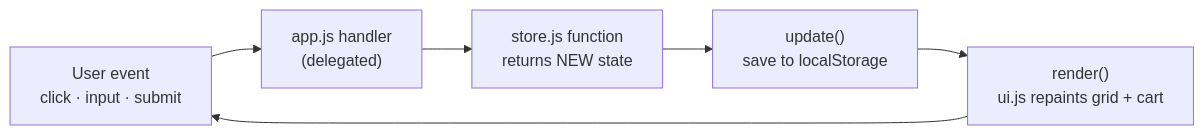
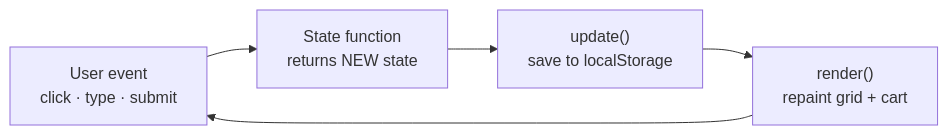
One commit to nikhilvanama/Learning_Plan changed the diagram in Projects/Vanila jS/shopping-cart/README.md. Above: the diagram before and after it, drawn with Mermaid. The commit also changed other lines of this file and 21 other files, not shown here.

````diff
--- a/Projects/Vanila jS/shopping-cart/README.md
+++ b/Projects/Vanila jS/shopping-cart/README.md
@@ -48,8 +39,7 @@
 ```mermaid
 graph LR
-    E["User event<br/>click · input · submit"] --> A["app.js handler<br/>(delegated)"]
-    A --> S["store.js function<br/>returns NEW state"]
+    E["User event<br/>click · type · submit"] --> S["State function<br/>returns NEW state"]
     S --> U["update()<br/>save to localStorage"]
-    U --> R["render()<br/>ui.js repaints grid + cart"]
+    U --> R["render()<br/>repaint grid + cart"]
     R --> E
 ```
````
